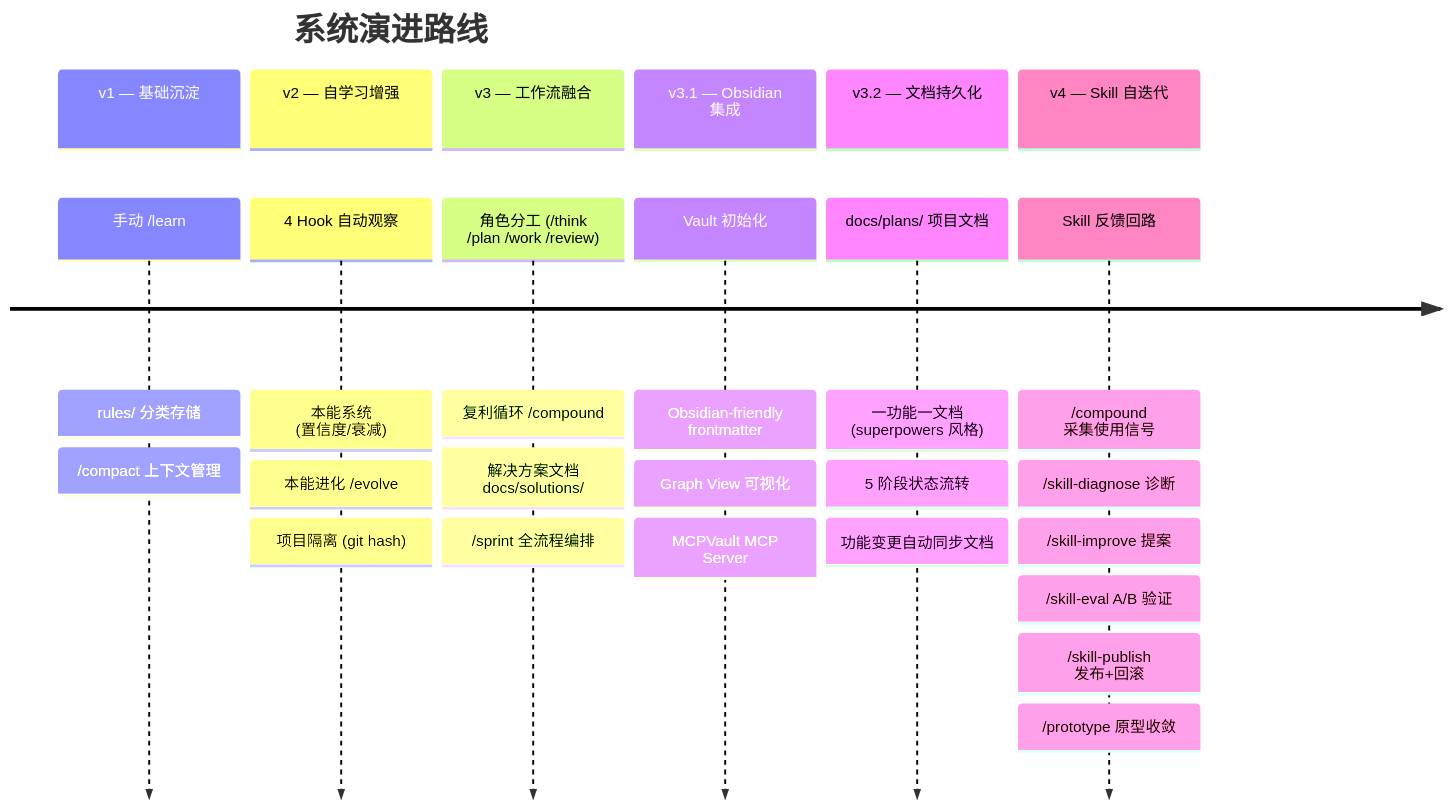
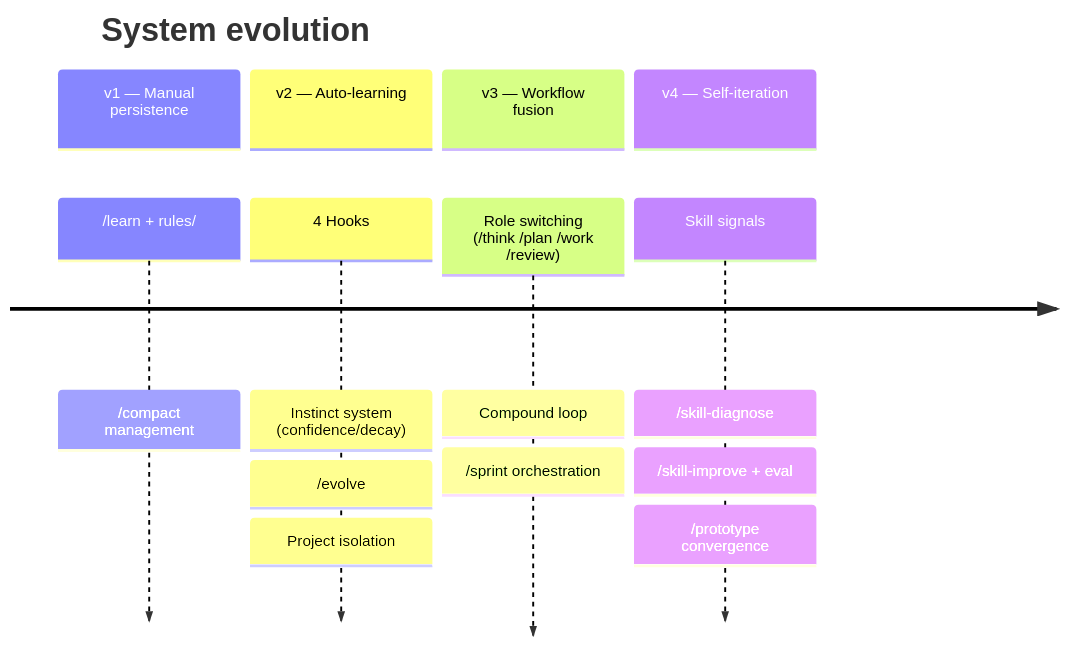
One commit to songuu/tech-persistence changed the fifth of 5 diagrams in README.md. Above: the diagram before and after it, drawn with Mermaid. The commit also changed other lines of this file and 29 other files, not shown here.

````diff
--- a/README.md
+++ b/README.md
@@ -641,16 +307,12 @@
 ```mermaid
 timeline
-    title 系统演进路线
-    section v1 — 基础沉淀
-      手动 /learn : rules/ 分类存储 : /compact 上下文管理
-    section v2 — 自学习增强
-      4 Hook 自动观察 : 本能系统 (置信度/衰减) : 本能进化 /evolve : 项目隔离 (git hash)
-    section v3 — 工作流融合
-      角色分工 (/think /plan /work /review) : 复利循环 /compound : 解决方案文档 docs/solutions/ : /sprint 全流程编排
-    section v3.1 — Obsidian 集成
-      Vault 初始化 : Obsidian-friendly frontmatter : Graph View 可视化 : MCPVault MCP Server
-    section v3.2 — 文档持久化
-      docs/plans/ 项目文档 : 一功能一文档 (superpowers 风格) : 5 阶段状态流转 : 功能变更自动同步文档
-    section v4 — Skill 自迭代
-      Skill 反馈回路 : /compound 采集使用信号 : /skill-diagnose 诊断 : /skill-improve 提案 : /skill-eval A/B 验证 : /skill-publish 发布+回滚 : /prototype 原型收敛
+    title System evolution
+    section v1 — Manual persistence
+      /learn + rules/ : /compact management
+    section v2 — Auto-learning
+      4 Hooks : Instinct system (confidence/decay) : /evolve : Project isolation
+    section v3 — Workflow fusion
+      Role switching (/think /plan /work /review) : Compound loop : /sprint orchestration
+    section v4 — Self-iteration
+      Skill signals : /skill-diagnose : /skill-improve + eval : /prototype convergence
 ```
````
